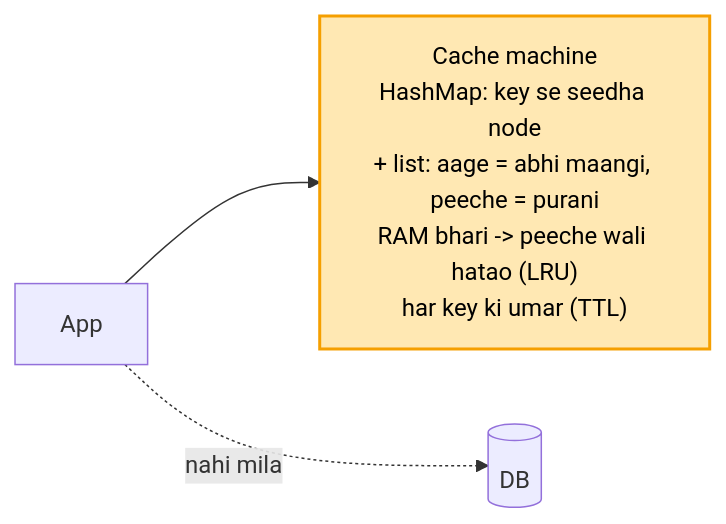
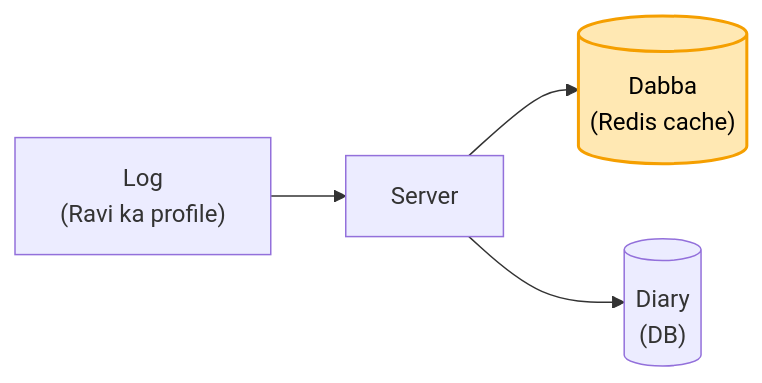
Before and after one commit to ArpanMaheshwari144/Prep: the first of 3 diagrams in 04_HLD/SYSTEM_DESIGNS/10_distributed_cache/10_distributed_cache.md, drawn with Mermaid. The commit also changed other lines of this file and 13 other files, not shown here.

````diff
--- a/04_HLD/SYSTEM_DESIGNS/10_distributed_cache/10_distributed_cache.md
+++ b/04_HLD/SYSTEM_DESIGNS/10_distributed_cache/10_distributed_cache.md
@@ -110,6 +34,7 @@
 ```mermaid
 flowchart LR
-    A["App"] --> C["Cache machine<br/>HashMap: key se seedha node<br/>+ list: aage = abhi maangi, peeche = purani<br/>RAM bhari -> peeche wali hatao (LRU)<br/>har key ki umar (TTL)"]
-    A -.->|"nahi mila"| D[("DB")]
+    A["Log<br/>(Ravi ka profile)"] --> S["Server"]
+    S --> C[("Dabba<br/>(Redis cache)")]
+    S --> D[("Diary<br/>(DB)")]
     style C fill:#ffe8b3,stroke:#f59f00,stroke-width:2px,color:#000
 ```
````
